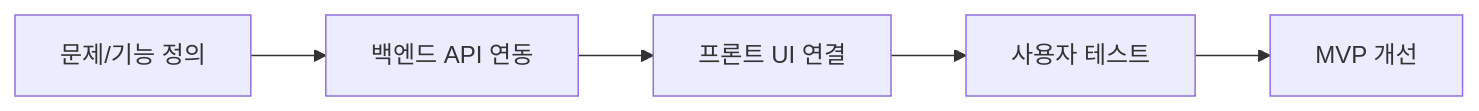
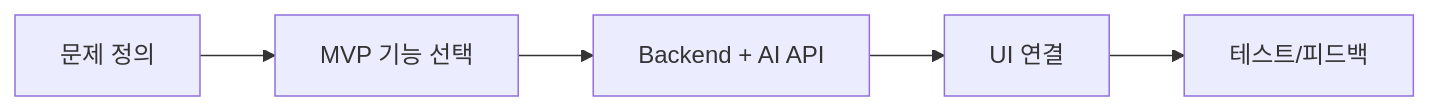
One commit to sujinchoo/Ai.build.education changed the diagram in curriculum/week11.md. Above: the diagram before and after it, drawn with Mermaid. The commit also changed other lines of this file and 23 other files, not shown here.

````diff
--- a/curriculum/week11.md
+++ b/curriculum/week11.md
@@ -14,7 +20,7 @@
 ```mermaid
 flowchart LR
-    P[문제/기능 정의] --> B[백엔드 API 연동]
-    B --> U[프론트 UI 연결]
-    U --> T[사용자 테스트]
-    T --> I[MVP 개선]
+    D[문제 정의] --> M[MVP 기능 선택]
+    M --> B[Backend + AI API]
+    B --> U[UI 연결]
+    U --> T[테스트/피드백]
 ```
````
